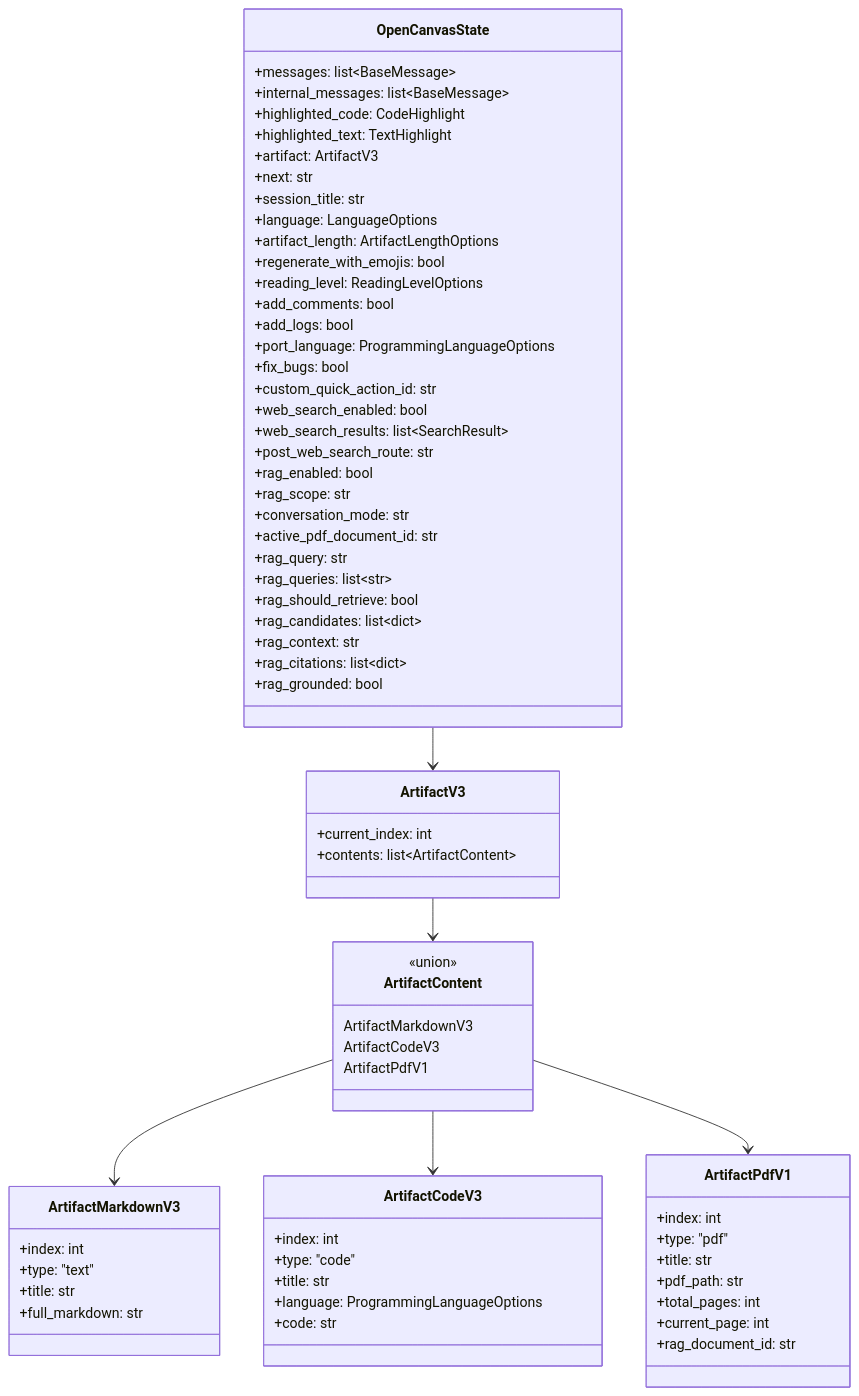
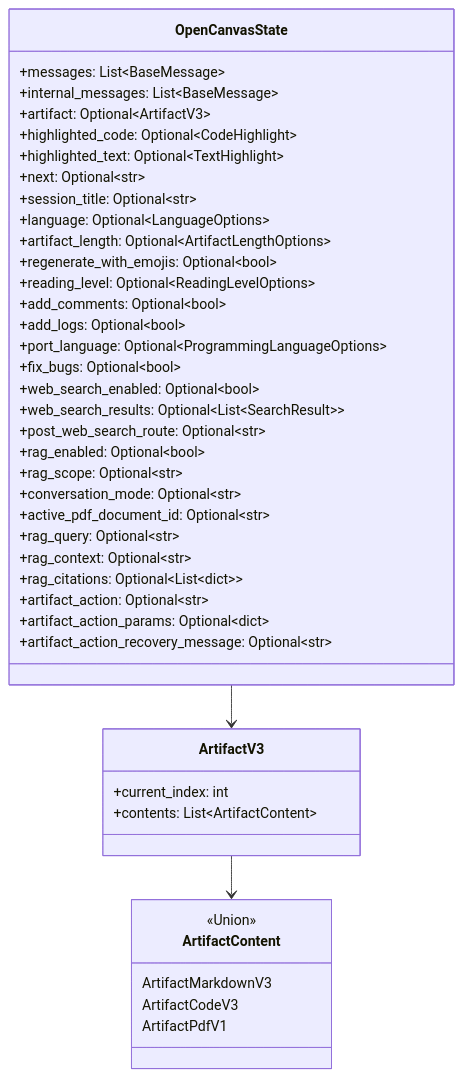
Before and after one commit to Mariano17omega/attractor-desk-alpha: the fifth of 9 diagrams in report.md, drawn with Mermaid. The commit also changed other lines of this file and 32 other files, not shown here.

````diff
--- a/report.md
+++ b/report.md
@@ -238,78 +218,58 @@
 ```mermaid
 classDiagram
     class OpenCanvasState {
-        +messages: list~BaseMessage~
-        +internal_messages: list~BaseMessage~
-        +highlighted_code: CodeHighlight
-        +highlighted_text: TextHighlight
-        +artifact: ArtifactV3
-        +next: str
-        +session_title: str
-        +language: LanguageOptions
-        +artifact_length: ArtifactLengthOptions
-        +regenerate_with_emojis: bool
-        +reading_level: ReadingLevelOptions
-        +add_comments: bool
-        +add_logs: bool
-        +port_language: ProgrammingLanguageOptions
-        +fix_bugs: bool
-        +custom_quick_action_id: str
-        +web_search_enabled: bool
-        +web_search_results: list~SearchResult~
-        +post_web_search_route: str
-        +rag_enabled: bool
-        +rag_scope: str
-        +conversation_mode: str
-        +active_pdf_document_id: str
-        +rag_query: str
-        +rag_queries: list~str~
-        +rag_should_retrieve: bool
-        +rag_candidates: list~dict~
-        +rag_context: str
-        +rag_citations: list~dict~
-        +rag_grounded: bool
+        +messages: List~BaseMessage~
+        +internal_messages: List~BaseMessage~
+        +artifact: Optional~ArtifactV3~
+        +highlighted_code: Optional~CodeHighlight~
+        +highlighted_text: Optional~TextHighlight~
+        +next: Optional~str~
+        +session_title: Optional~str~
+        
+        %% Text modification options
+        +language: Optional~LanguageOptions~
+        +artifact_length: Optional~ArtifactLengthOptions~
+        +regenerate_with_emojis: Optional~bool~
+        +reading_level: Optional~ReadingLevelOptions~
+        
+        %% Code modification options
+        +add_comments: Optional~bool~
+        +add_logs: Optional~bool~
+        +port_language: Optional~ProgrammingLanguageOptions~
+        +fix_bugs: Optional~bool~
+        
+        %% Web search
+        +web_search_enabled: Optional~bool~
+        +web_search_results: Optional~List~SearchResult~~
+        +post_web_search_route: Optional~str~
+        
+        %% RAG state
+        +rag_enabled: Optional~bool~
+        +rag_scope: Optional~str~
+        +conversation_mode: Optional~str~
+        +active_pdf_document_id: Optional~str~
+        +rag_query: Optional~str~
+        +rag_context: Optional~str~
+        +rag_citations: Optional~List~dict~~
+        
+        %% Artifact operations
+        +artifact_action: Optional~str~
+        +artifact_action_params: Optional~dict~
+        +artifact_action_recovery_message: Optional~str~
     }
     
     class ArtifactV3 {
         +current_index: int
-        +contents: list~ArtifactContent~
+        +contents: List~ArtifactContent~
     }
     
     class ArtifactContent {
-        <<union>>
+        <<Union>>
         ArtifactMarkdownV3
         ArtifactCodeV3
         ArtifactPdfV1
     }
     
-    class ArtifactMarkdownV3 {
-        +index: int
-        +type: "text"
-        +title: str
-        +full_markdown: str
-    }
-    
-    class ArtifactCodeV3 {
-        +index: int
-        +type: "code"
-        +title: str
-        +language: ProgrammingLanguageOptions
-        +code: str
-    }
-    
-    class ArtifactPdfV1 {
-        +index: int
-        +type: "pdf"
-        +title: str
-        +pdf_path: str
-        +total_pages: int
-        +current_page: int
-        +rag_document_id: str
-    }
-    
     OpenCanvasState --> ArtifactV3
     ArtifactV3 --> ArtifactContent
-    ArtifactContent --> ArtifactMarkdownV3
-    ArtifactContent --> ArtifactCodeV3
-    ArtifactContent --> ArtifactPdfV1
 ```
````
